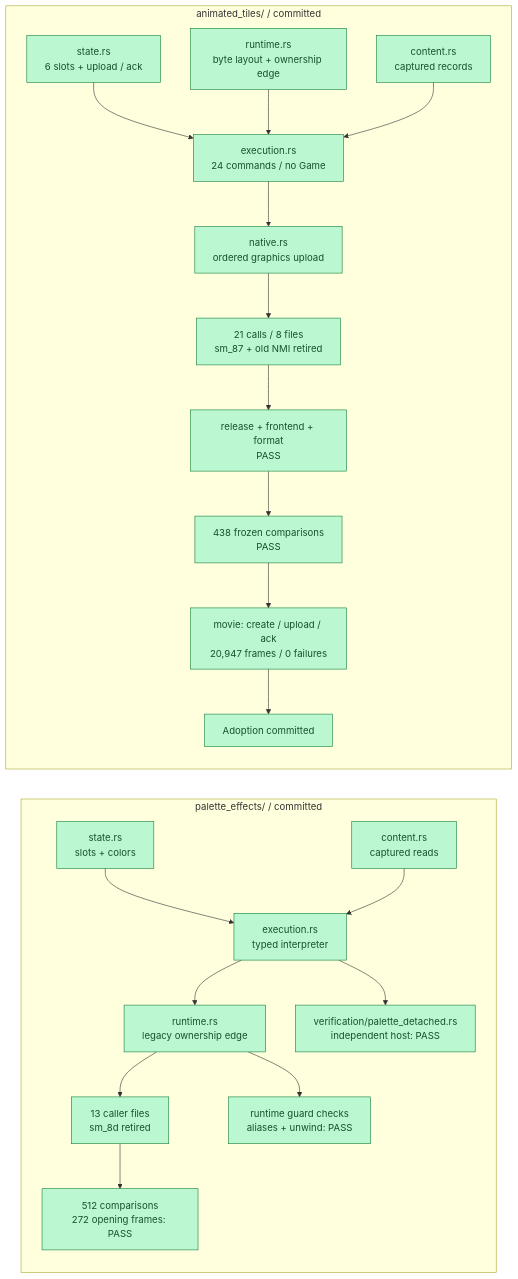
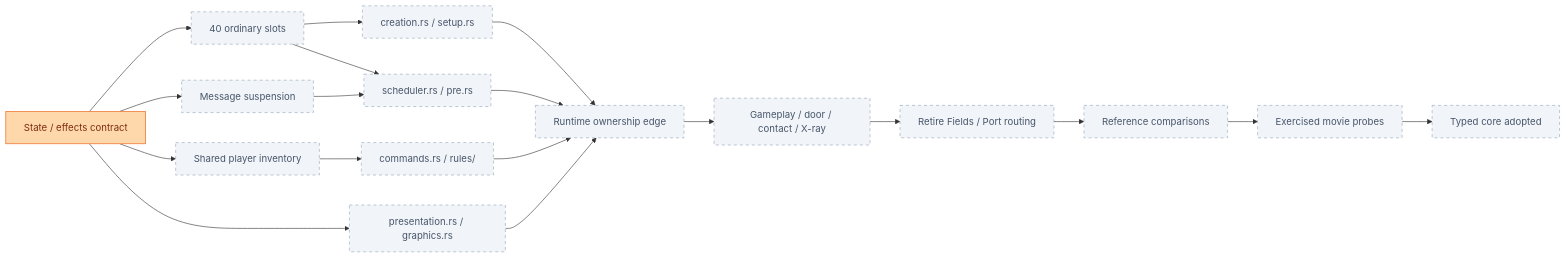
The fourth of 8 diagrams in PROGRESS.md (JimLundin/sm-decomp), drawn with Mermaid before and after one commit. The commit also changed other lines of this file and 1 other file, not shown here.

Commit message:
Show file-level migration graphs and failed CI; report links and counters checked

````diff
--- a/PROGRESS.md
+++ b/PROGRESS.md
@@ -47,32 +121,26 @@
 ```mermaid
 flowchart LR
-    subgraph palette["palette_effects/ / committed"]
-        direction TB
-        PS["state.rs<br/>slots + colors"]:::done --> PE["execution.rs<br/>typed interpreter"]:::done
-        PC["content.rs<br/>captured reads"]:::done --> PE
-        PE --> PR["runtime.rs<br/>legacy ownership edge"]:::done
-        PR --> PCL["13 caller files<br/>sm_8d retired"]:::done
-        PE --> PD["verification/palette_detached.rs<br/>independent host: PASS"]:::done
-        PR --> PG["runtime guard checks<br/>aliases + unwind: PASS"]:::done
-        PCL --> PV["512 comparisons<br/>272 opening frames: PASS"]:::done
-    end
-    subgraph animation["animated_tiles/ / committed"]
-        direction TB
-        AS["state.rs<br/>6 slots + upload / ack"]:::done --> AE["execution.rs<br/>24 commands / no Game"]:::done
-        AC["runtime.rs<br/>byte layout + ownership edge"]:::done --> AE
-        CONTENT["content.rs<br/>captured records"]:::done --> AE
-        AE --> AN["native.rs<br/>ordered graphics upload"]:::done
-        AN --> ACL["21 calls / 8 files<br/>sm_87 + old NMI retired"]:::done
-        ACL --> AB["release + frontend + format<br/>PASS"]:::done
-        AB --> AV["438 frozen comparisons<br/>PASS"]:::done
-        AV --> AM["movie: create / upload / ack<br/>20,947 frames / 0 failures"]:::done
-        AM --> LAND["Adoption committed"]:::done
-    end
-
+    CONTRACT["State / effects contract"]:::active --> SLOTS["40 ordinary slots"]:::pending
+    CONTRACT --> INVENTORY["Shared player inventory"]:::pending
+    CONTRACT --> RESUME["Message suspension"]:::pending
+    SLOTS --> CREATE["creation.rs / setup.rs"]:::pending
+    SLOTS --> TICK["scheduler.rs / pre.rs"]:::pending
+    INVENTORY --> RULES["commands.rs / rules/"]:::pending
+    RESUME --> TICK
+    CONTRACT --> DRAW["presentation.rs / graphics.rs"]:::pending
+    CREATE --> EDGE["Runtime ownership edge"]:::pending
+    TICK --> EDGE
+    RULES --> EDGE
+    DRAW --> EDGE
+    EDGE --> CALLERS["Gameplay / door / contact / X-ray"]:::pending
+    CALLERS --> DELETE["Retire Fields / Port routing"]:::pending
+    DELETE --> COMPARE["Reference comparisons"]:::pending
+    COMPARE --> MOVIE["Exercised movie probes"]:::pending
+    MOVIE --> ADOPT["Typed core adopted"]:::pending
     classDef done fill:#bbf7d0,stroke:#15803d,color:#14532d
     classDef checked fill:#bfdbfe,stroke:#2563eb,color:#1e3a8a
     classDef active fill:#fed7aa,stroke:#ea580c,color:#7c2d12
     classDef pending fill:#f1f5f9,stroke:#94a3b8,color:#475569,stroke-dasharray:5 5
+    classDef failed fill:#fecaca,stroke:#dc2626,color:#7f1d1d
     classDef changed stroke:#a21caf,stroke-width:5px
-
 ```
````
